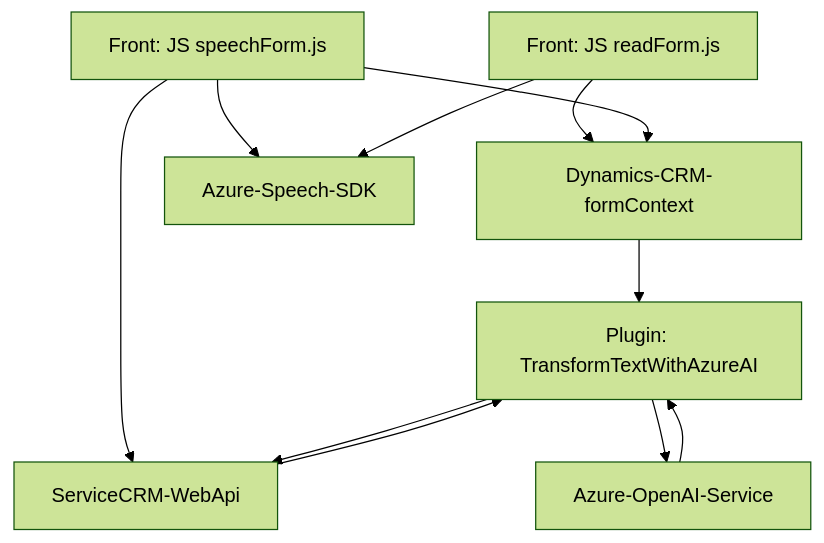
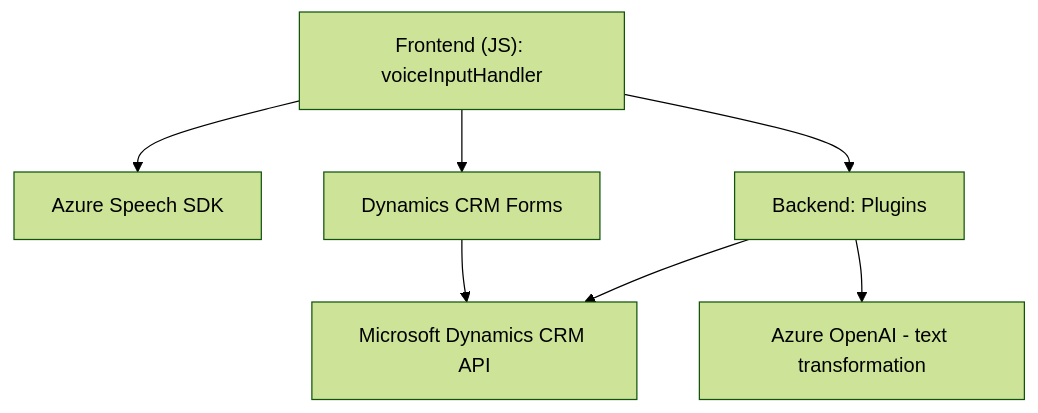
One commit to blopezdm/NETCORE_BILBAO2025 changed the diagram in README.md. Above: the diagram before and after it, drawn with Mermaid (forest theme). The commit also changed other lines of this file, not shown here.

````diff
--- a/README.md
+++ b/README.md
@@ -74,13 +57,9 @@
 ```mermaid
 graph TD
-    A["Front: JS readForm.js"] --> C[Dynamics-CRM-formContext]
-    B["Front: JS speechForm.js"] --> C
-    B --> D["Azure-Speech-SDK"]
-    A --> D
-    B --> E["ServiceCRM-WebApi"]
-    F["Plugin: TransformTextWithAzureAI"] --> E
-    F --> G["Azure-OpenAI-Service"]
-    C --> F
-    E --> F
-    G --> F
+    A["Frontend (JS): voiceInputHandler"] --> B["Azure Speech SDK"]
+    A --> C["Dynamics CRM Forms"]
+    A --> D["Backend: Plugins"]
+    D["Backend: Plugins"] --> E["Microsoft Dynamics CRM API"]
+    D --> F["Azure OpenAI - text transformation"]
+    C --> E
 ```
````
